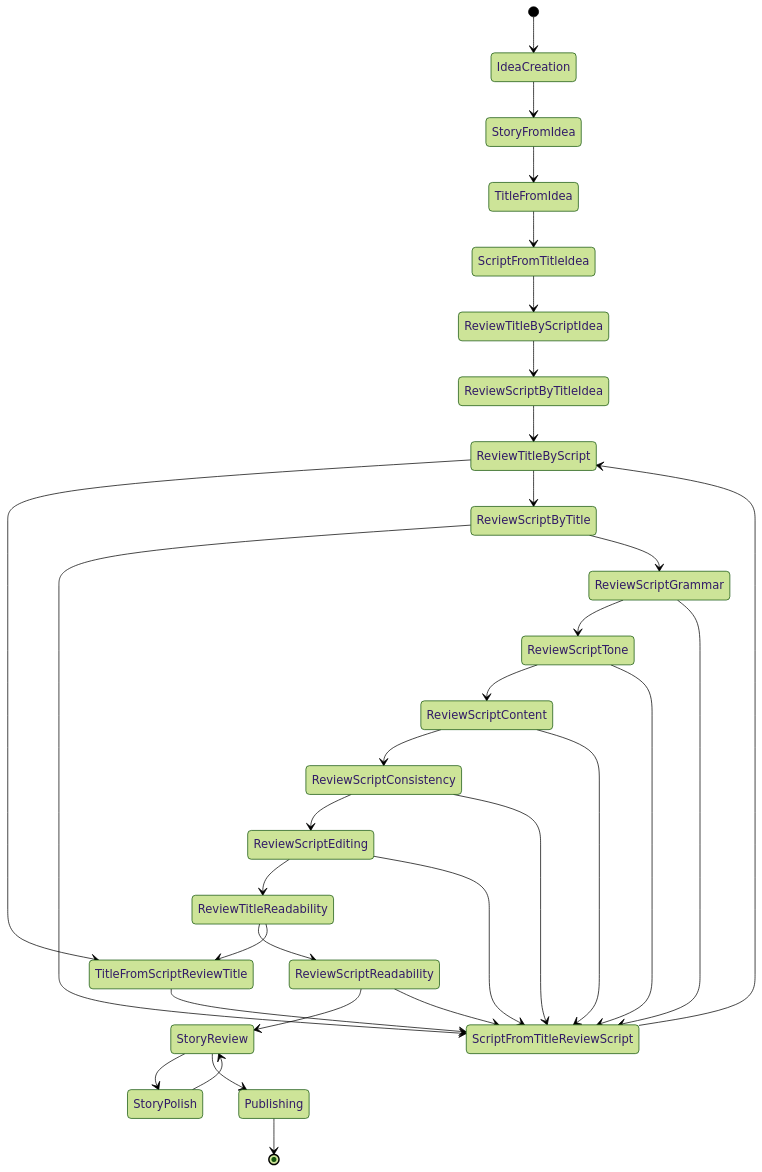
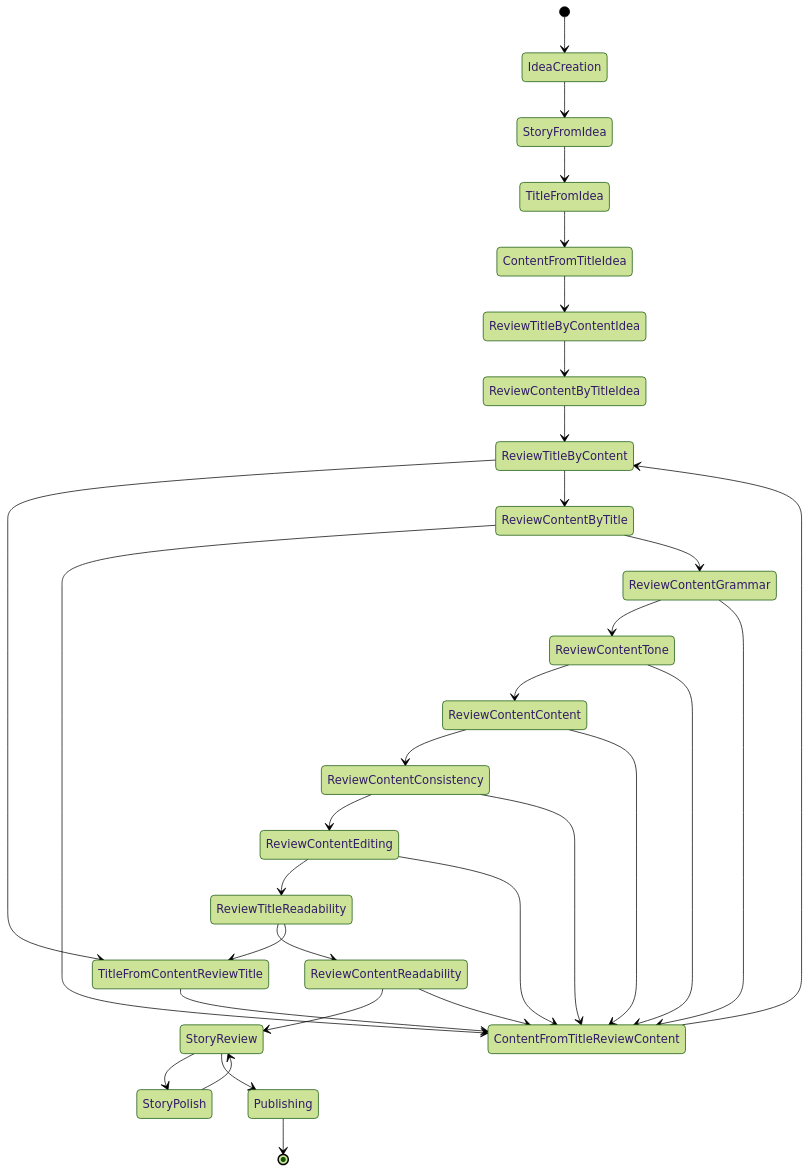
One commit to Nomoos/PrismQ changed the first of 5 diagrams in _meta/docs/STATE_TRANSITIONS_REPORT_CS.md. Above: the diagram before and after it, drawn with Mermaid (forest theme). The commit also changed other lines of this file and 1 other file, not shown here.

Commit message:
Update Czech documentation: Replace Script→Content and By→From in all states

````diff
--- a/_meta/docs/STATE_TRANSITIONS_REPORT_CS.md
+++ b/_meta/docs/STATE_TRANSITIONS_REPORT_CS.md
@@ -64,49 +64,49 @@
 ```mermaid
 stateDiagram-v2
     [*] --> IdeaCreation
     
     IdeaCreation --> StoryFromIdea
     StoryFromIdea --> TitleFromIdea
-    TitleFromIdea --> ScriptFromTitleIdea
-    ScriptFromTitleIdea --> ReviewTitleByScriptIdea
+    TitleFromIdea --> ContentFromTitleIdea
+    ContentFromTitleIdea --> ReviewTitleByContentIdea
     
-    ReviewTitleByScriptIdea --> ReviewScriptByTitleIdea
-    ReviewScriptByTitleIdea --> ReviewTitleByScript
+    ReviewTitleByContentIdea --> ReviewContentByTitleIdea
+    ReviewContentByTitleIdea --> ReviewTitleByContent
     
-    ReviewTitleByScript --> TitleFromScriptReviewTitle
-    ReviewTitleByScript --> ReviewScriptByTitle
+    ReviewTitleByContent --> TitleFromContentReviewTitle
+    ReviewTitleByContent --> ReviewContentByTitle
     
-    TitleFromScriptReviewTitle --> ScriptFromTitleReviewScript
-    ScriptFromTitleReviewScript --> ReviewTitleByScript
+    TitleFromContentReviewTitle --> ContentFromTitleReviewContent
+    ContentFromTitleReviewContent --> ReviewTitleByContent
     
-    ReviewScriptByTitle --> ScriptFromTitleReviewScript
-    ReviewScriptByTitle --> ReviewScriptGrammar
+    ReviewContentByTitle --> ContentFromTitleReviewContent
+    ReviewContentByTitle --> ReviewContentGrammar
     
-    ReviewScriptGrammar --> ReviewScriptTone
-    ReviewScriptGrammar --> ScriptFromTitleReviewScript
+    ReviewContentGrammar --> ReviewContentTone
+    ReviewContentGrammar --> ContentFromTitleReviewContent
     
-    ReviewScriptTone --> ReviewScriptContent
-    ReviewScriptTone --> ScriptFromTitleReviewScript
+    ReviewContentTone --> ReviewContentContent
+    ReviewContentTone --> ContentFromTitleReviewContent
     
-    ReviewScriptContent --> ReviewScriptConsistency
-    ReviewScriptContent --> ScriptFromTitleReviewScript
+    ReviewContentContent --> ReviewContentConsistency
+    ReviewContentContent --> ContentFromTitleReviewContent
     
-    ReviewScriptConsistency --> ReviewScriptEditing
-    ReviewScriptConsistency --> ScriptFromTitleReviewScript
+    ReviewContentConsistency --> ReviewContentEditing
+    ReviewContentConsistency --> ContentFromTitleReviewContent
     
-    ReviewScriptEditing --> ReviewTitleReadability
-    ReviewScriptEditing --> ScriptFromTitleReviewScript
+    ReviewContentEditing --> ReviewTitleReadability
+    ReviewContentEditing --> ContentFromTitleReviewContent
     
-    ReviewTitleReadability --> ReviewScriptReadability
-    ReviewTitleReadability --> TitleFromScriptReviewTitle
+    ReviewTitleReadability --> ReviewContentReadability
+    ReviewTitleReadability --> TitleFromContentReviewTitle
     
-    ReviewScriptReadability --> StoryReview
-    ReviewScriptReadability --> ScriptFromTitleReviewScript
+    ReviewContentReadability --> StoryReview
+    ReviewContentReadability --> ContentFromTitleReviewContent
     
     StoryReview --> StoryPolish
     StoryReview --> Publishing
     
     StoryPolish --> StoryReview
     
     Publishing --> [*]
 ```
````
